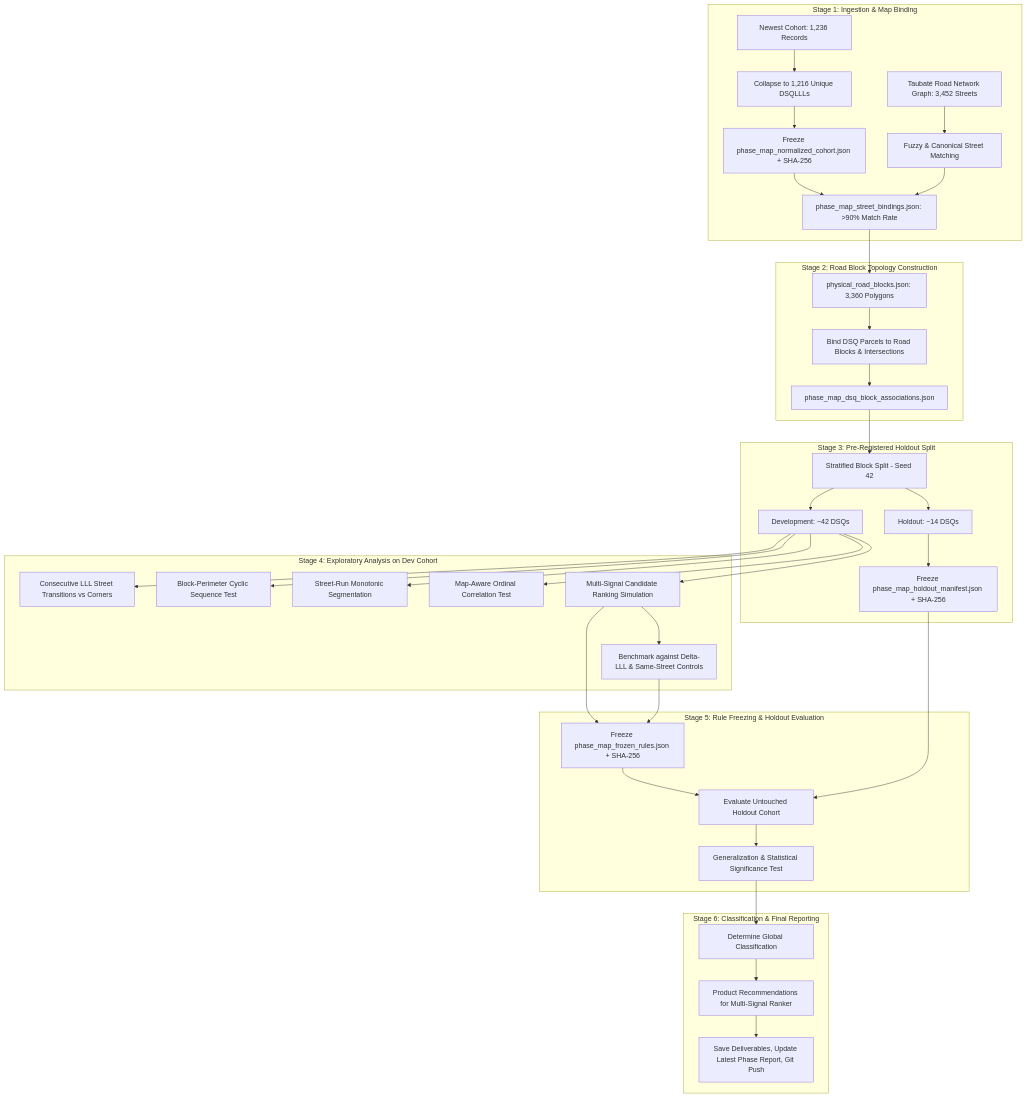
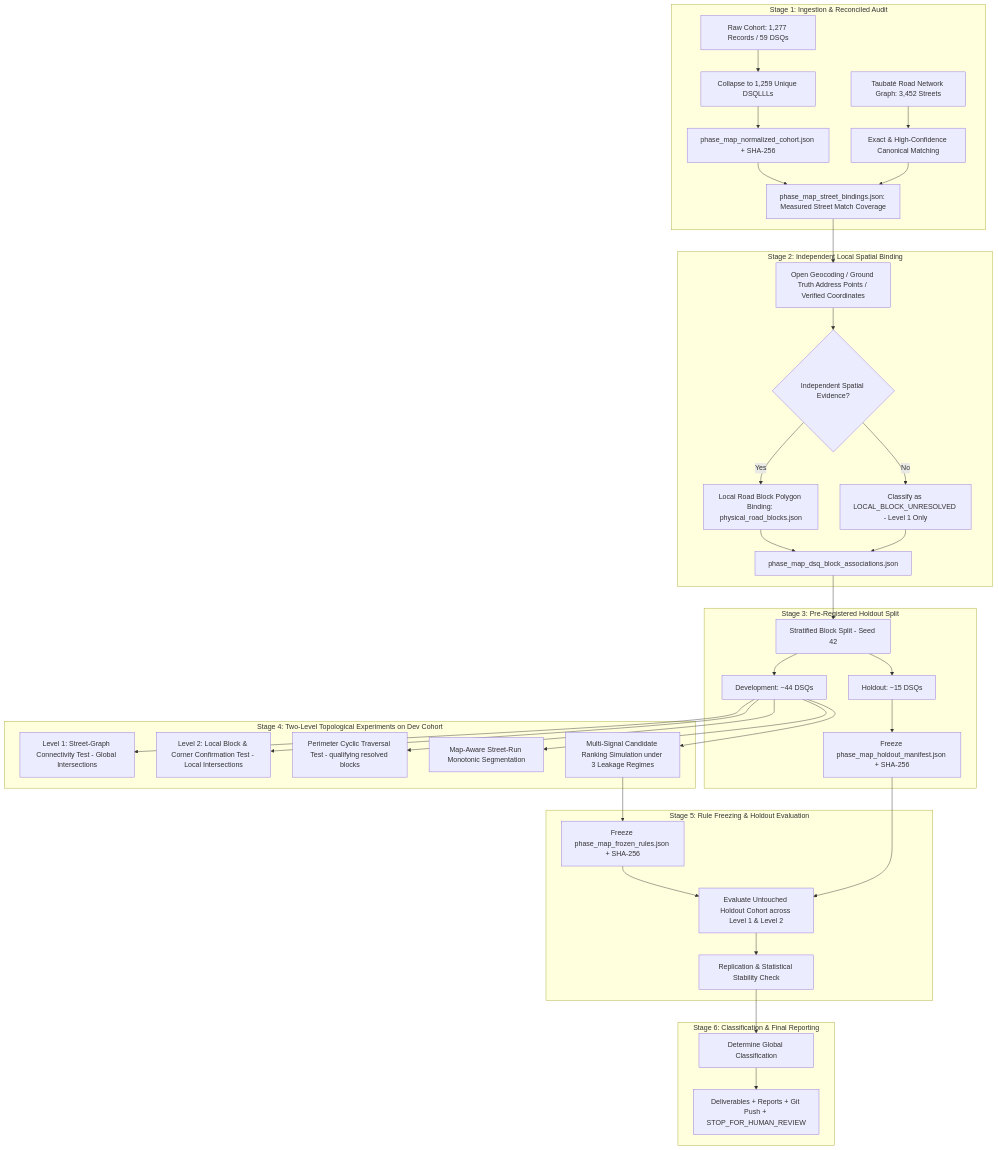
One commit to mlapidotome/ultraviolet-quasar changed the diagram in brain/address_finder/LATEST_IMPLEMENTATION_PLAN.md. Above: the diagram before and after it, drawn with Mermaid. The commit also changed other lines of this file, not shown here.

Commit message:
docs(plan): incorporate methodological corrections for Map-Aware LLL Block-Perimeter Validation

````diff
--- a/brain/address_finder/LATEST_IMPLEMENTATION_PLAN.md
+++ b/brain/address_finder/LATEST_IMPLEMENTATION_PLAN.md
@@ -49,43 +61,43 @@
 ```mermaid
 graph TD
-    subgraph Stage 1: Ingestion & Map Binding
-        A1[Newest Cohort: 1,236 Records] --> A2[Collapse to 1,216 Unique DSQLLLs]
-        A2 --> A3[Freeze phase_map_normalized_cohort.json + SHA-256]
-        A4[Taubaté Road Network Graph: 3,452 Streets] --> B1[Fuzzy & Canonical Street Matching]
-        A3 & B1 --> B2[phase_map_street_bindings.json: >90% Match Rate]
+    subgraph Stage 1: Ingestion & Reconciled Audit
+        A1[Raw Cohort: 1,277 Records / 59 DSQs] --> A2[Collapse to 1,259 Unique DSQLLLs]
+        A2 --> A3[phase_map_normalized_cohort.json + SHA-256]
+        A4[Taubaté Road Network Graph: 3,452 Streets] --> B1[Exact & High-Confidence Canonical Matching]
+        A3 & B1 --> B2[phase_map_street_bindings.json: Measured Street Match Coverage]
     end
 
-    subgraph Stage 2: Road Block Topology Construction
-        B2 --> C1[physical_road_blocks.json: 3,360 Polygons]
-        C1 --> C2[Bind DSQ Parcels to Road Blocks & Intersections]
-        C2 --> C3[phase_map_dsq_block_associations.json]
+    subgraph Stage 2: Independent Local Spatial Binding
+        B2 --> C1[Open Geocoding / Ground Truth Address Points / Verified Coordinates]
+        C1 --> C2{Independent Spatial Evidence?}
+        C2 -- Yes --> C3[Local Road Block Polygon Binding: physical_road_blocks.json]
+        C2 -- No --> C4[Classify as LOCAL_BLOCK_UNRESOLVED - Level 1 Only]
+        C3 & C4 --> C5[phase_map_dsq_block_associations.json]
     end
 
     subgraph Stage 3: Pre-Registered Holdout Split
-        C3 --> D1[Stratified Block Split - Seed 42]
-        D1 --> D2[Development: ~42 DSQs]
-        D1 --> D3[Holdout: ~14 DSQs]
+        C5 --> D1[Stratified Block Split - Seed 42]
+        D1 --> D2[Development: ~44 DSQs]
+        D1 --> D3[Holdout: ~15 DSQs]
         D3 --> D4[Freeze phase_map_holdout_manifest.json + SHA-256]
     end
 
-    subgraph Stage 4: Exploratory Analysis on Dev Cohort
-        D2 --> E1[Consecutive LLL Street Transitions vs Corners]
-        D2 --> E2[Block-Perimeter Cyclic Sequence Test]
-        D2 --> E3[Street-Run Monotonic Segmentation]
-        D2 --> E4[Map-Aware Ordinal Correlation Test]
-        D2 --> E5[Multi-Signal Candidate Ranking Simulation]
-        E5 --> E6[Benchmark against Delta-LLL & Same-Street Controls]
+    subgraph Stage 4: Two-Level Topological Experiments on Dev Cohort
+        D2 --> E1[Level 1: Street-Graph Connectivity Test - Global Intersections]
+        D2 --> E2[Level 2: Local Block & Corner Confirmation Test - Local Intersections]
+        D2 --> E3[Perimeter Cyclic Traversal Test - qualifying resolved blocks]
+        D2 --> E4[Map-Aware Street-Run Monotonic Segmentation]
+        D2 --> E5[Multi-Signal Candidate Ranking Simulation under 3 Leakage Regimes]
     end
 
     subgraph Stage 5: Rule Freezing & Holdout Evaluation
-        E5 & E6 --> F1[Freeze phase_map_frozen_rules.json + SHA-256]
-        F1 & D4 --> G1[Evaluate Untouched Holdout Cohort]
-        G1 --> G2[Generalization & Statistical Significance Test]
+        E5 --> F1[Freeze phase_map_frozen_rules.json + SHA-256]
+        F1 & D4 --> G1[Evaluate Untouched Holdout Cohort across Level 1 & Level 2]
+        G1 --> G2[Replication & Statistical Stability Check]
     end
 
     subgraph Stage 6: Classification & Final Reporting
         G2 --> H1[Determine Global Classification]
-        H1 --> H2[Product Recommendations for Multi-Signal Ranker]
-        H2 --> H3[Save Deliverables, Update Latest Phase Report, Git Push]
+        H1 --> H2[Deliverables + Reports + Git Push + STOP_FOR_HUMAN_REVIEW]
     end
 ```
````
